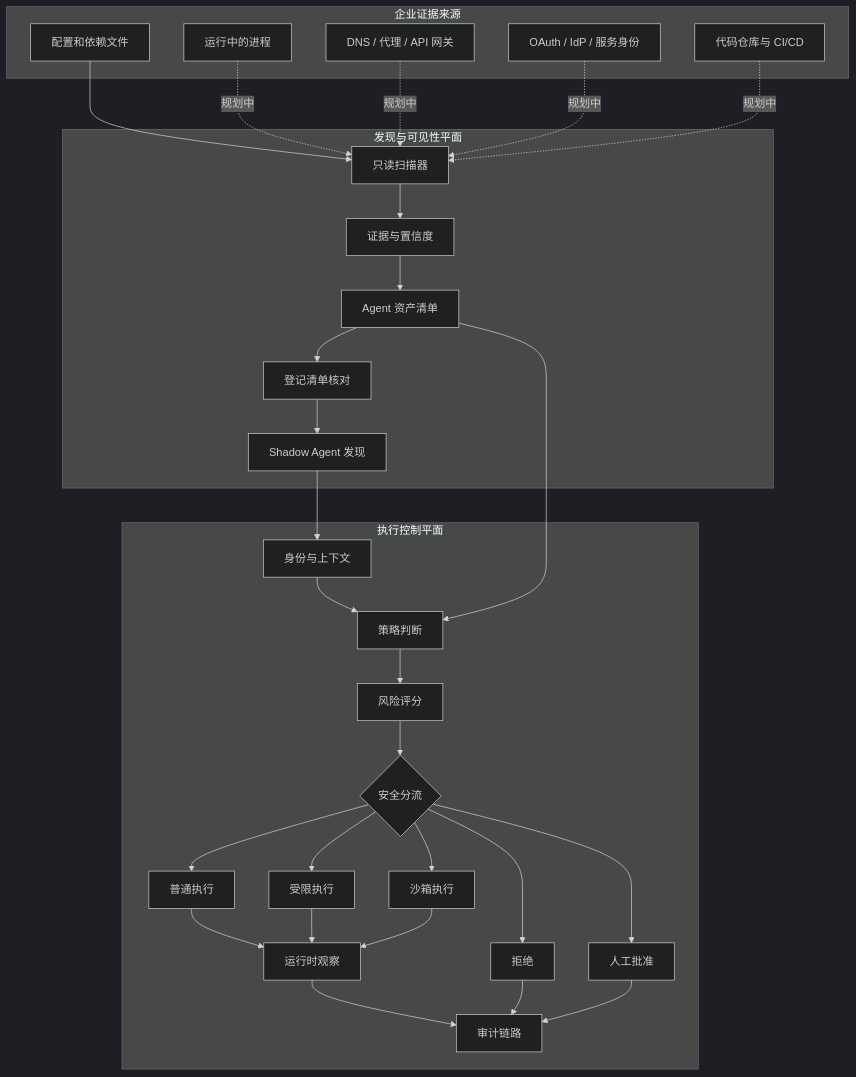
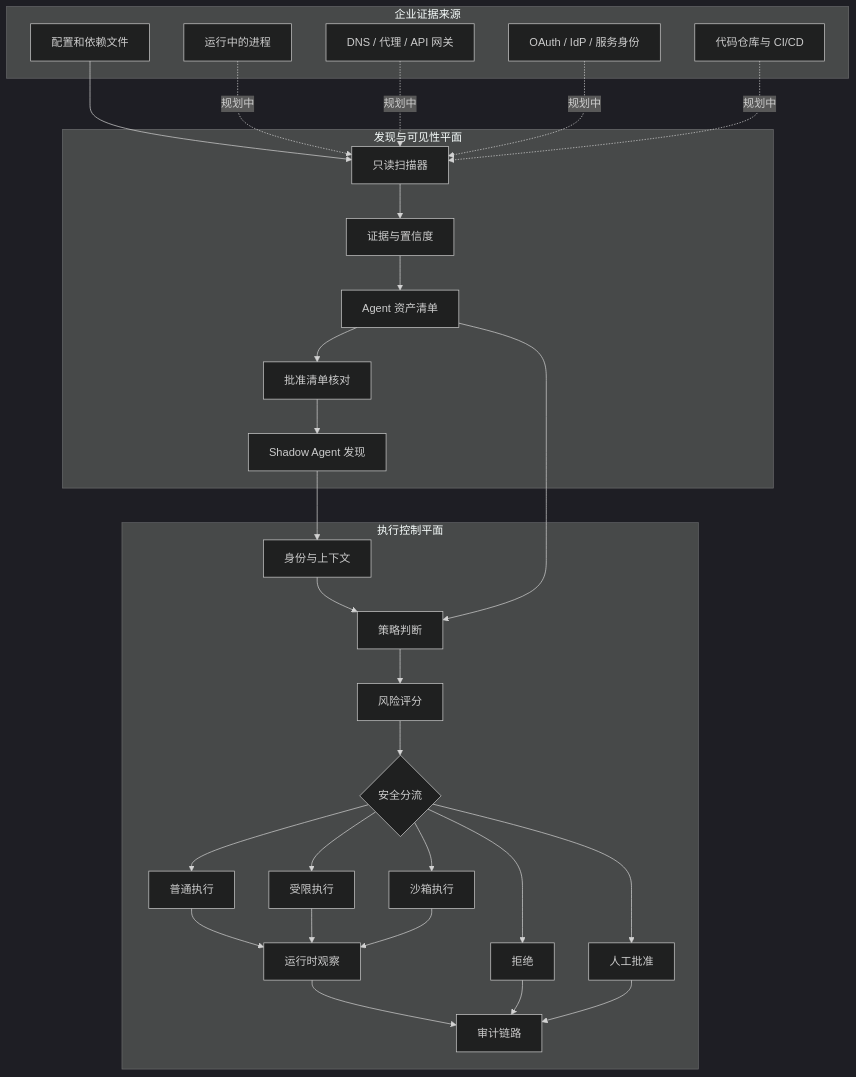
The diagram in README.zh-CN.md (szey/agent-governance-gateway), drawn with Mermaid (dark theme) before and after one commit. The commit also changed other lines of this file and 34 other files, not shown here.

````diff
--- a/README.zh-CN.md
+++ b/README.zh-CN.md
@@ -26,45 +28,45 @@
 ```mermaid
 flowchart TB
     subgraph Sources[企业证据来源]
         FS[配置和依赖文件]
         PR[运行中的进程]
         NW[DNS / 代理 / API 网关]
         ID[OAuth / IdP / 服务身份]
         GH[代码仓库与 CI/CD]
     end
 
     subgraph Discovery[发现与可见性平面]
         SC[只读扫描器]
         EV[证据与置信度]
         IN[Agent 资产清单]
-        RC[登记清单核对]
+        RC[批准清单核对]
         SH[Shadow Agent 发现]
         SC --> EV --> IN --> RC --> SH
     end
 
     subgraph Enforcement[执行控制平面]
         IR[身份与上下文]
         PE[策略判断]
         RS[风险评分]
         DP{安全分流}
         NO[普通执行]
         RE[受限执行]
         SA[沙箱执行]
         DE[拒绝]
         AP[人工批准]
         OB[运行时观察]
         AU[审计链路]
         IR --> PE --> RS --> DP
         DP --> NO & RE & SA & DE & AP
         NO & RE & SA --> OB --> AU
         DE & AP --> AU
     end
 
     FS --> SC
     PR -. 规划中 .-> SC
     NW -. 规划中 .-> SC
     ID -. 规划中 .-> SC
     GH -. 规划中 .-> SC
     SH --> IR
     IN --> PE
 ```
````
